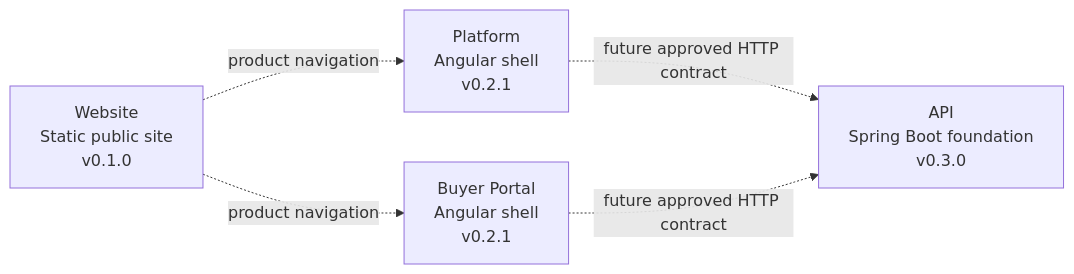
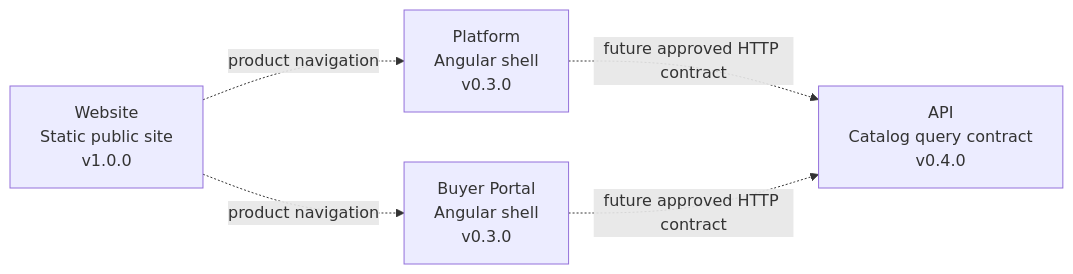
Before and after one commit to nexa-suite/api: the diagram in README.md, drawn with Mermaid. The commit also changed other lines of this file and 4 other files, not shown here.

````diff
--- a/README.md
+++ b/README.md
@@ -31,12 +31,12 @@
 ```mermaid
 flowchart LR
-    Website["Website<br/>Static public site<br/>v0.1.0"]
-    Platform["Platform<br/>Angular shell<br/>v0.2.1"]
-    Portal["Buyer Portal<br/>Angular shell<br/>v0.2.1"]
-    API["API<br/>Spring Boot foundation<br/>v0.3.0"]
+    Website["Website<br/>Static public site<br/>v1.0.0"]
+    Platform["Platform<br/>Angular shell<br/>v0.3.0"]
+    Portal["Buyer Portal<br/>Angular shell<br/>v0.3.0"]
+    API["API<br/>Catalog query contract<br/>v0.4.0"]
 
     Website -. "product navigation" .-> Platform
     Website -. "product navigation" .-> Portal
     Platform -. "future approved HTTP contract" .-> API
     Portal -. "future approved HTTP contract" .-> API
 ```
````
